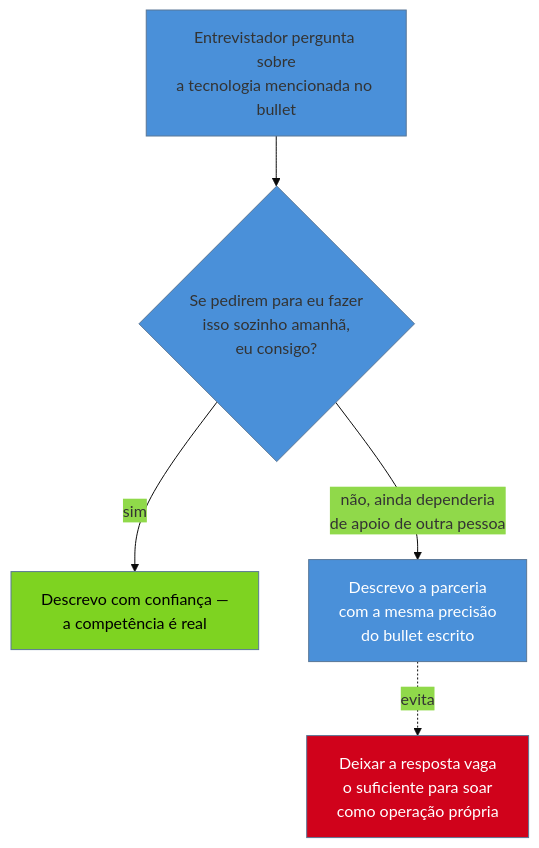
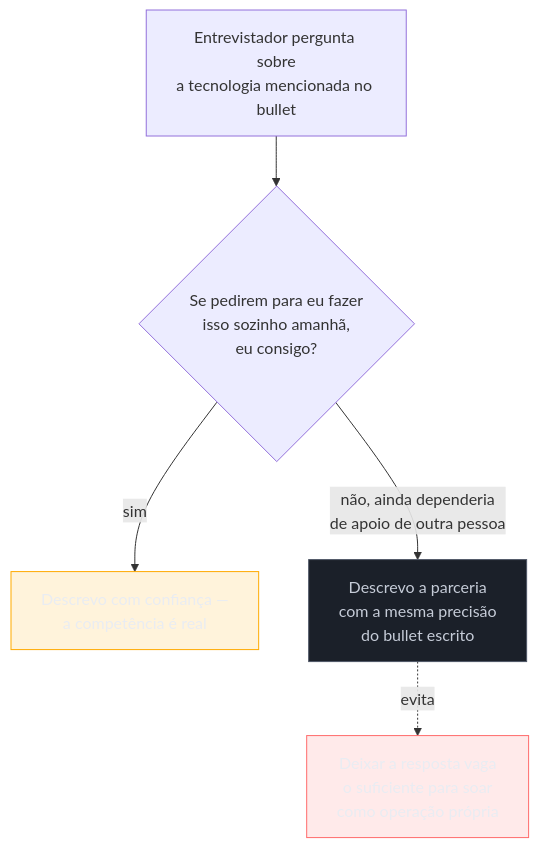
One commit to josenaldo/codex-technomanticus changed the first of 2 diagrams in 03-Dominios/Carreira/Currículo/19 - Declarar lacuna.md. Above: the diagram before and after it, drawn with Mermaid. The commit also changed other lines of this file and 1181 other files, not shown here.

First line of the commit message:
fix(diagramas): paleta do sistema no lugar de cor cravada no markdown

````diff
--- a/03-Dominios/Carreira/Currículo/19 - Declarar lacuna.md
+++ b/03-Dominios/Carreira/Currículo/19 - Declarar lacuna.md
@@ -97,14 +97,16 @@
 ```mermaid
-%%{init: {"theme": "base", "themeVariables": {"primaryColor": "#4A90D9"}}}%%
 graph TD
+    classDef destaque fill:#FFAA0024,stroke:#FFAA00,color:#E9ECF2
+    classDef neutro fill:#1B2029,stroke:#4E5666,color:#C6CCD8
+    classDef falha fill:#FF6B6B24,stroke:#FF6B6B,color:#E9ECF2
     P["Entrevistador pergunta sobre<br/>a tecnologia mencionada no bullet"] --> T{"Se pedirem para eu fazer<br/>isso sozinho amanhã,<br/>eu consigo?"}
 
     T -->|"sim"| OP["Descrevo com confiança —<br/>a competência é real"]
     T -->|"não, ainda dependeria<br/>de apoio de outra pessoa"| PAR["Descrevo a parceria<br/>com a mesma precisão<br/>do bullet escrito"]
 
     PAR -.evita.-> ERRO["Deixar a resposta vaga<br/>o suficiente para soar<br/>como operação própria"]
 
-    style OP fill:#7ED321,color:#000
-    style PAR fill:#4A90D9,color:#fff
-    style ERRO fill:#D0021B,color:#fff
+    class OP destaque
+    class PAR neutro
+    class ERRO falha
 ```
````
